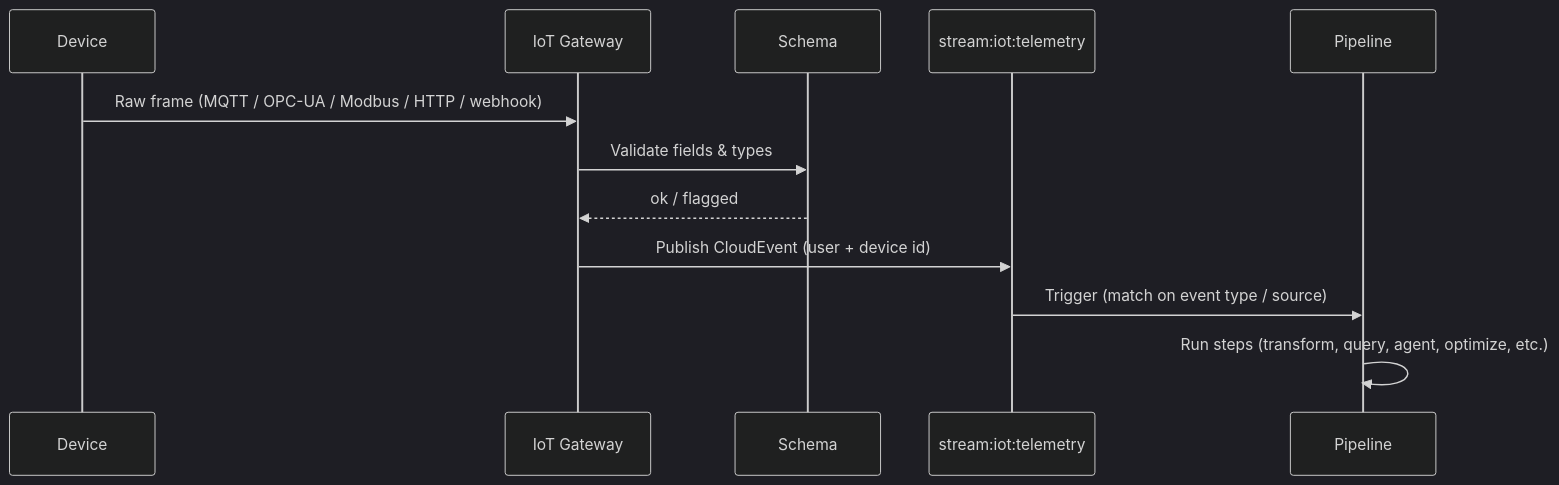
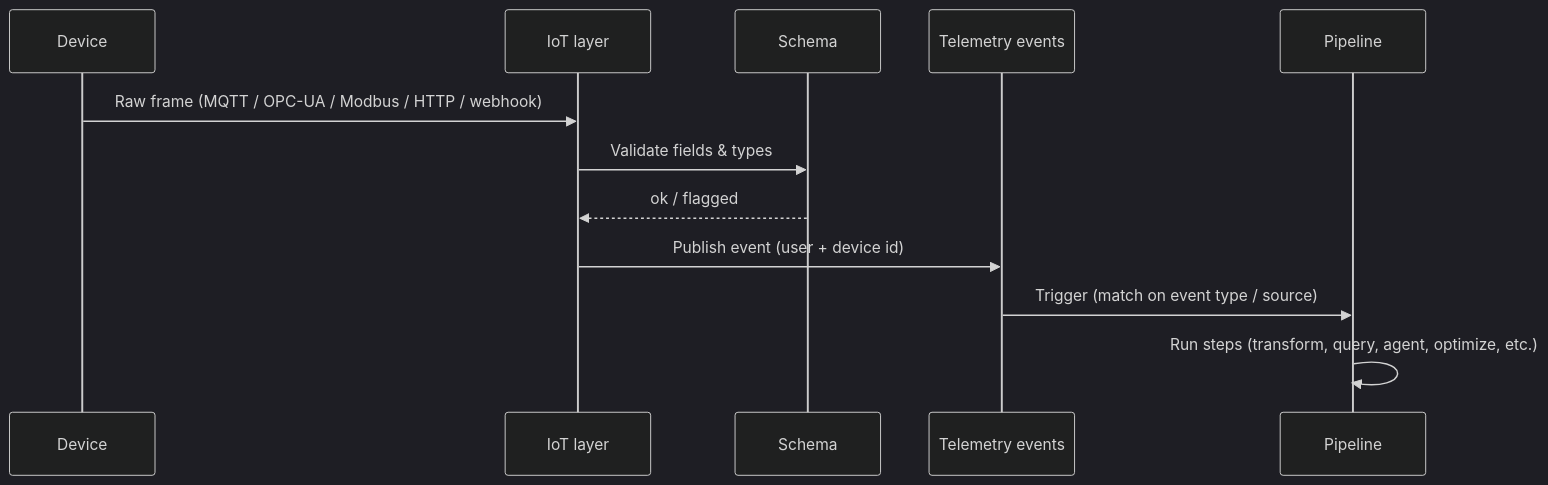
One commit to marmancakbay/mintlify-docs changed the diagram in iot/overview.mdx. Above: the diagram before and after it, drawn with Mermaid (dark theme). The commit also changed other lines of this file and 2065 other files, not shown here.

````diff
--- a/iot/overview.mdx
+++ b/iot/overview.mdx
@@ -59,15 +59,15 @@
 ```mermaid
 sequenceDiagram
     participant Device
-    participant Gateway as IoT Gateway
+    participant IoT as IoT layer
     participant Schema
-    participant Stream as stream:iot:telemetry
+    participant Events as Telemetry events
     participant Pipeline
 
-    Device->>Gateway: Raw frame (MQTT / OPC-UA / Modbus / HTTP / webhook)
-    Gateway->>Schema: Validate fields & types
-    Schema-->>Gateway: ok / flagged
-    Gateway->>Stream: Publish CloudEvent (user + device id)
-    Stream->>Pipeline: Trigger (match on event type / source)
+    Device->>IoT: Raw frame (MQTT / OPC-UA / Modbus / HTTP / webhook)
+    IoT->>Schema: Validate fields & types
+    Schema-->>IoT: ok / flagged
+    IoT->>Events: Publish event (user + device id)
+    Events->>Pipeline: Trigger (match on event type / source)
     Pipeline->>Pipeline: Run steps (transform, query, agent, optimize, etc.)
 ```
````
